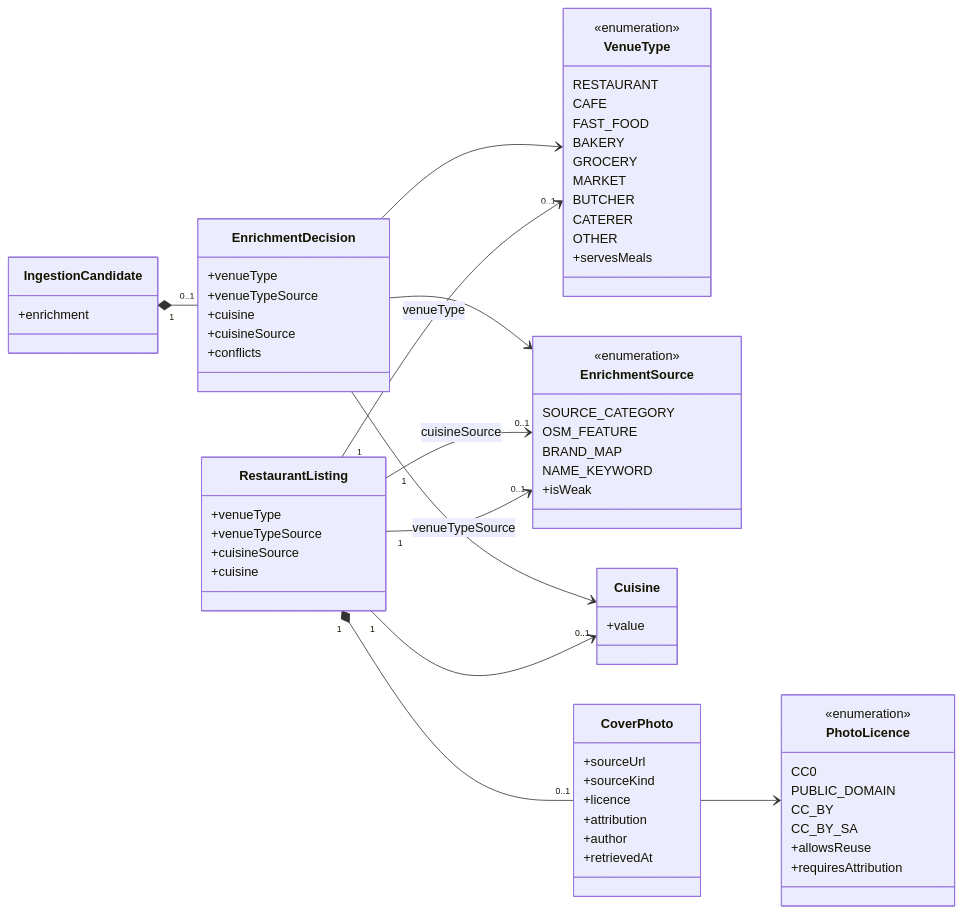
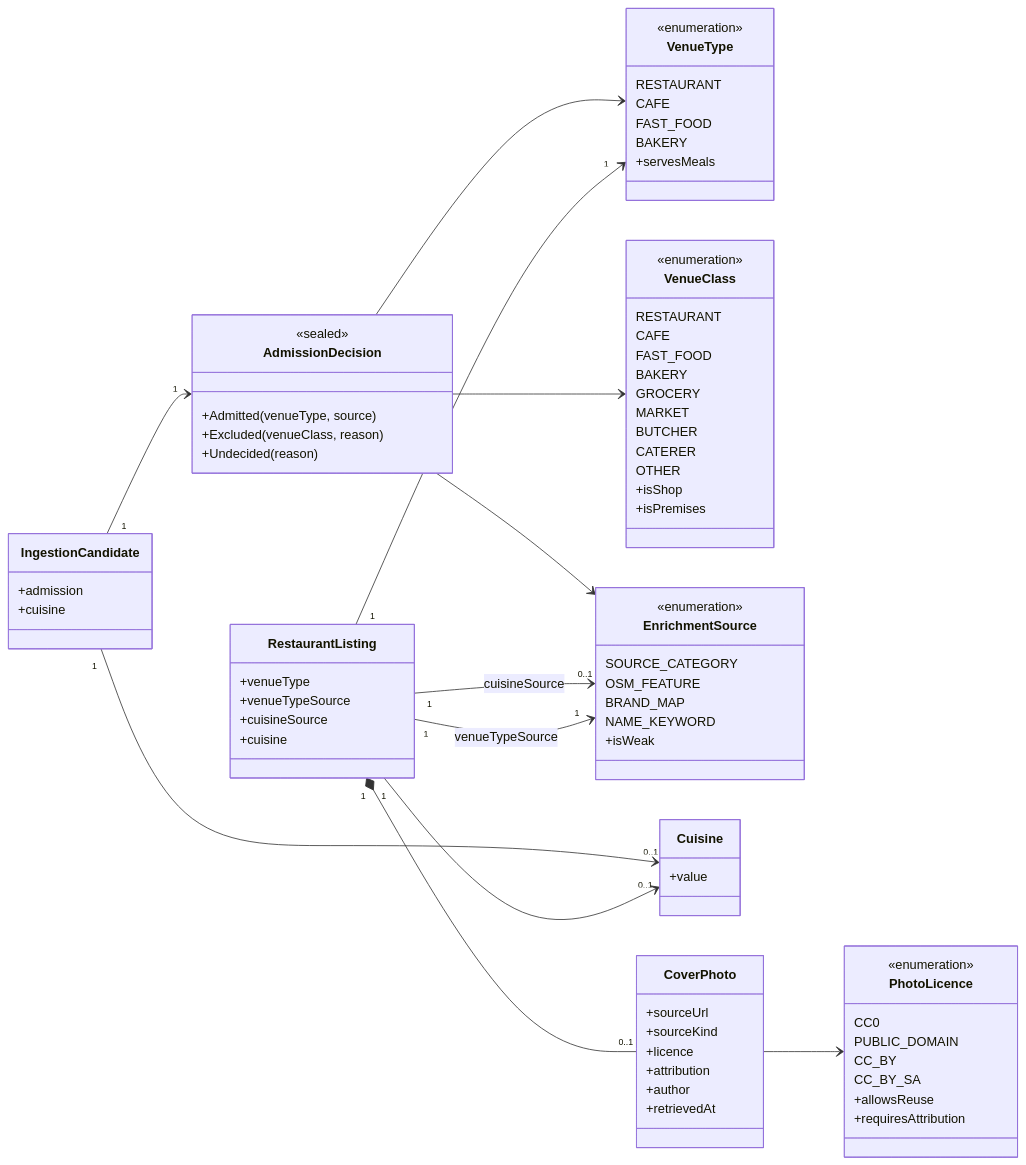
One commit to Losers-Lab/tahirs-list changed the diagram in docs/features/SC-231/01-domain-model.md. Above: the diagram before and after it, drawn with Mermaid. The commit also changed other lines of this file and 13 other files, not shown here.

````diff
--- a/docs/features/SC-231/01-domain-model.md
+++ b/docs/features/SC-231/01-domain-model.md
@@ -7,72 +7,82 @@
 ```mermaid
 classDiagram
   direction LR
   class RestaurantListing {
     +venueType
     +venueTypeSource
     +cuisineSource
     +cuisine
   }
   class VenueType {
     <<enumeration>>
     RESTAURANT
     CAFE
     FAST_FOOD
     BAKERY
+    +servesMeals
+  }
+  class VenueClass {
+    <<enumeration>>
+    RESTAURANT
+    CAFE
+    FAST_FOOD
+    BAKERY
     GROCERY
     MARKET
     BUTCHER
     CATERER
     OTHER
-    +servesMeals
+    +isShop
+    +isPremises
+  }
+  class AdmissionDecision {
+    <<sealed>>
+    +Admitted(venueType, source)
+    +Excluded(venueClass, reason)
+    +Undecided(reason)
   }
   class EnrichmentSource {
     <<enumeration>>
     SOURCE_CATEGORY
     OSM_FEATURE
     BRAND_MAP
     NAME_KEYWORD
     +isWeak
-  }
-  class EnrichmentDecision {
-    +venueType
-    +venueTypeSource
-    +cuisine
-    +cuisineSource
-    +conflicts
   }
   class Cuisine {
     +value
   }
   class CoverPhoto {
     +sourceUrl
     +sourceKind
     +licence
     +attribution
     +author
     +retrievedAt
   }
   class PhotoLicence {
     <<enumeration>>
     CC0
     PUBLIC_DOMAIN
     CC_BY
     CC_BY_SA
     +allowsReuse
     +requiresAttribution
   }
   class IngestionCandidate {
-    +enrichment
+    +admission
+    +cuisine
   }
 
-  RestaurantListing "1" --> "0..1" VenueType : venueType
-  RestaurantListing "1" --> "0..1" EnrichmentSource : venueTypeSource
+  RestaurantListing "1" --> "1" VenueType
+  RestaurantListing "1" --> "1" EnrichmentSource : venueTypeSource
   RestaurantListing "1" --> "0..1" Cuisine
   RestaurantListing "1" --> "0..1" EnrichmentSource : cuisineSource
   RestaurantListing "1" *-- "0..1" CoverPhoto
   CoverPhoto --> PhotoLicence
-  IngestionCandidate "1" *-- "0..1" EnrichmentDecision
-  EnrichmentDecision --> VenueType
-  EnrichmentDecision --> EnrichmentSource
-  EnrichmentDecision --> Cuisine
+  IngestionCandidate "1" --> "1" AdmissionDecision
+  AdmissionDecision --> VenueType
+  AdmissionDecision --> VenueClass
+  AdmissionDecision --> EnrichmentSource
+  IngestionCandidate "1" --> "0..1" Cuisine
 ```
````
